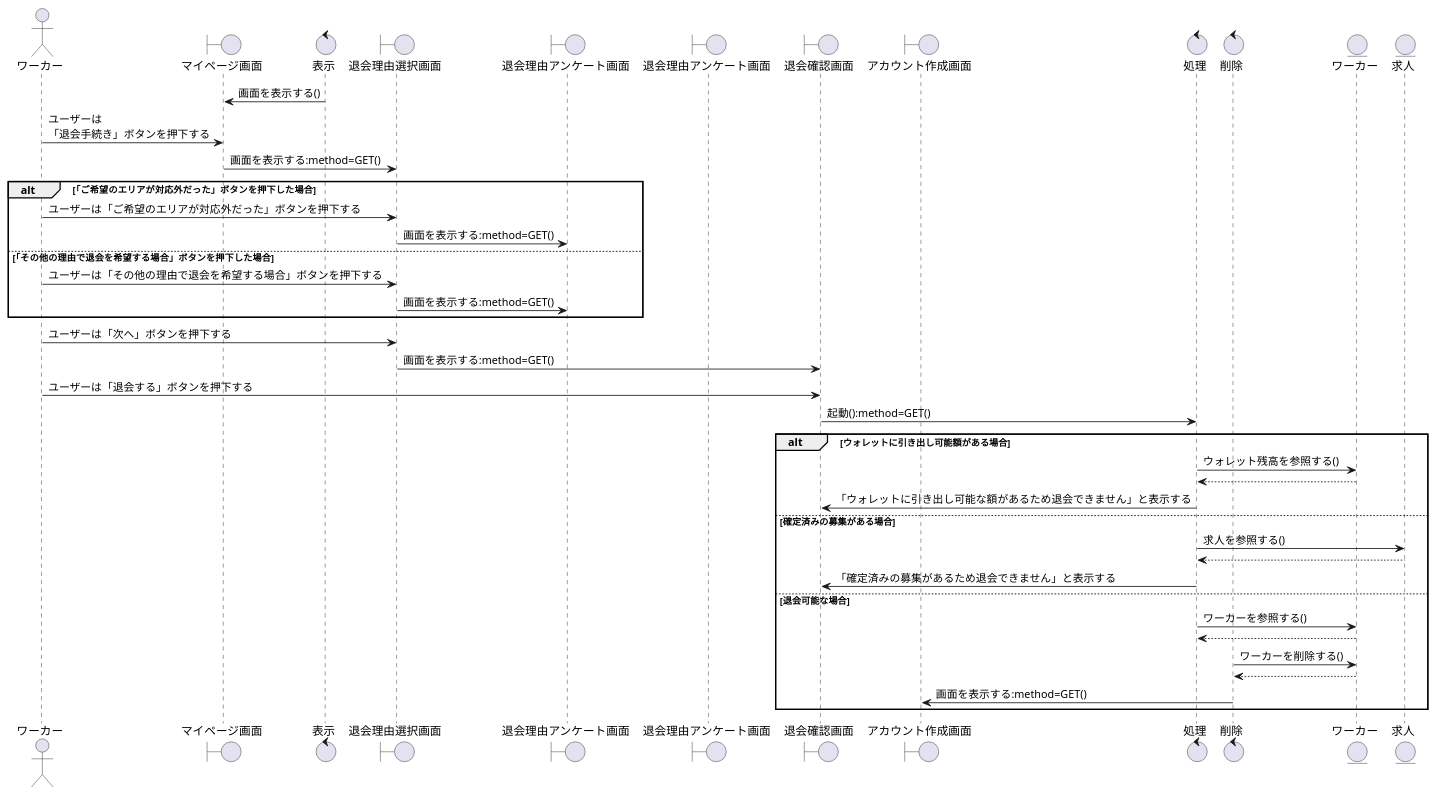
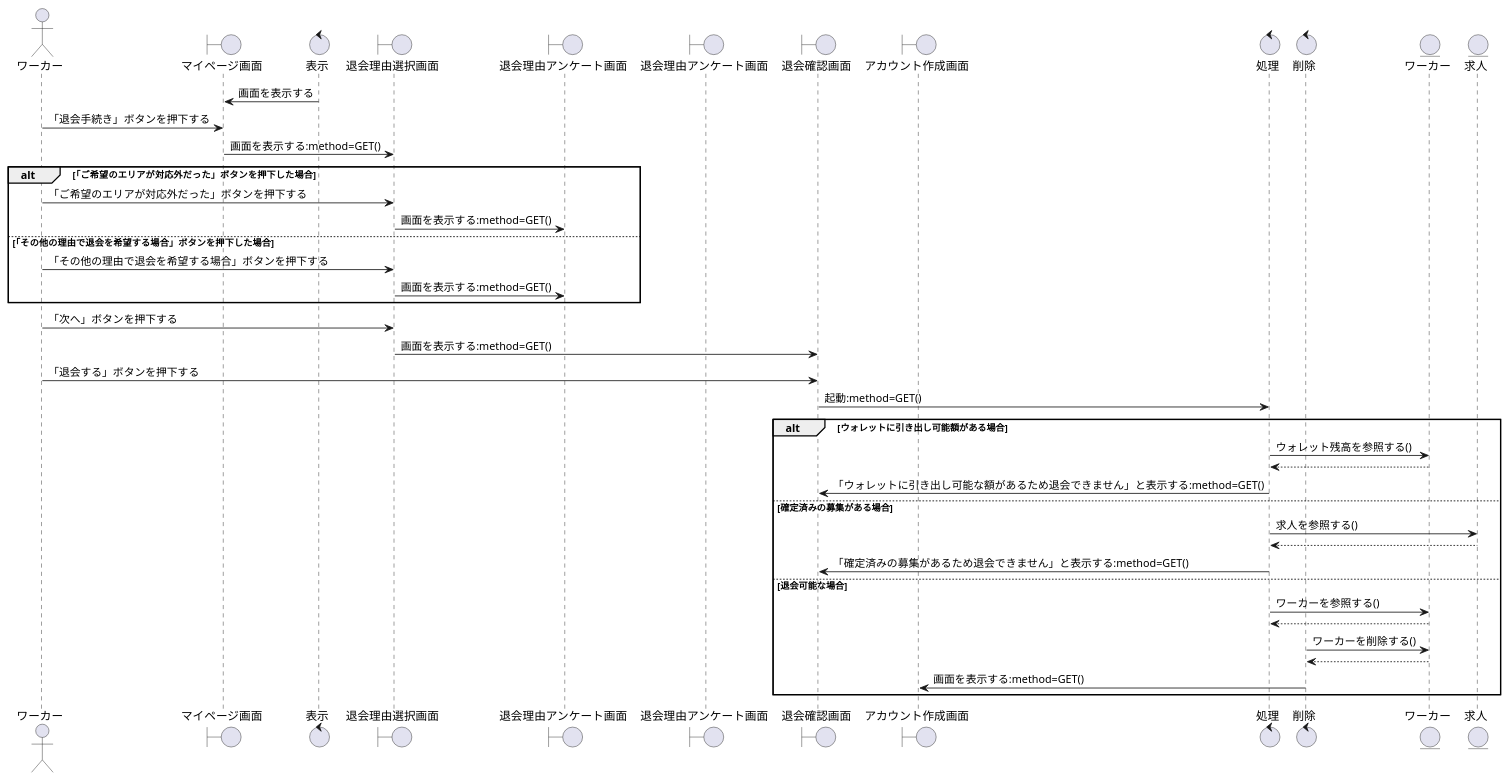
The diagram in sequence_fig/7_acconts_fn/14_退会手続きをする.pu (irukacb256/high_Me), drawn with PlantUML before and after one commit. The commit also changed 26 other files, not shown here.

```diff
--- a/sequence_fig/7_acconts_fn/14_退会手続きをする.pu
+++ b/sequence_fig/7_acconts_fn/14_退会手続きをする.pu
@@ -1,62 +1,62 @@
 @startuml 退会手続きをする
 
 actor ワーカー as wo1
 
 boundary マイページ画面 as bo1
 control 表示 as co1
 boundary 退会理由選択画面 as bo2
 boundary 退会理由アンケート画面 as bo3
 boundary 退会理由アンケート画面 as bo4
 boundary 退会確認画面 as bo5
 boundary アカウント作成画面 as bo6
 
 control 処理 as co2
 control 削除 as co3
 
 entity ワーカー as en1
 entity 求人 as en3
 
 
-co1 -> bo1:画面を表示する()
-wo1 -> bo1:ユーザーは\n「退会手続き」ボタンを押下する
+co1 -> bo1:画面を表示する
+wo1 -> bo1:「退会手続き」ボタンを押下する
 bo1 -> bo2:画面を表示する:method=GET()
 
 alt 「ご希望のエリアが対応外だった」ボタンを押下した場合
-    wo1 -> bo2:ユーザーは「ご希望のエリアが対応外だった」ボタンを押下する
+    wo1 -> bo2:「ご希望のエリアが対応外だった」ボタンを押下する
     bo2 -> bo3:画面を表示する:method=GET()
 
 else 「その他の理由で退会を希望する場合」ボタンを押下した場合
-    wo1 -> bo2:ユーザーは「その他の理由で退会を希望する場合」ボタンを押下する
+    wo1 -> bo2:「その他の理由で退会を希望する場合」ボタンを押下する
     bo2 -> bo3:画面を表示する:method=GET()
 
 end
 
-wo1 -> bo2:ユーザーは「次へ」ボタンを押下する
+wo1 -> bo2:「次へ」ボタンを押下する
 bo2 -> bo5:画面を表示する:method=GET()
-wo1 -> bo5:ユーザーは「退会する」ボタンを押下する
-bo5 -> co2:起動():method=GET()
+wo1 -> bo5:「退会する」ボタンを押下する
+bo5 -> co2:起動:method=GET()
 
 
 
 
 
 alt ウォレットに引き出し可能額がある場合
     co2 -> en1:ウォレット残高を参照する()
     co2 <-- en1
-    co2 -> bo5:「ウォレットに引き出し可能な額があるため退会できません」と表示する
+    co2 -> bo5:「ウォレットに引き出し可能な額があるため退会できません」と表示する:method=GET()
 
 else 確定済みの募集がある場合
     co2 -> en3:求人を参照する()
     co2 <-- en3
-    co2 -> bo5:「確定済みの募集があるため退会できません」と表示する
+    co2 -> bo5:「確定済みの募集があるため退会できません」と表示する:method=GET()
 
 else 退会可能な場合
     co2 -> en1:ワーカーを参照する()
     en1 --> co2
     co3 -> en1:ワーカーを削除する()
     co3 <-- en1
     co3 -> bo6:画面を表示する:method=GET()
 
 end
 
 @enduml
```
